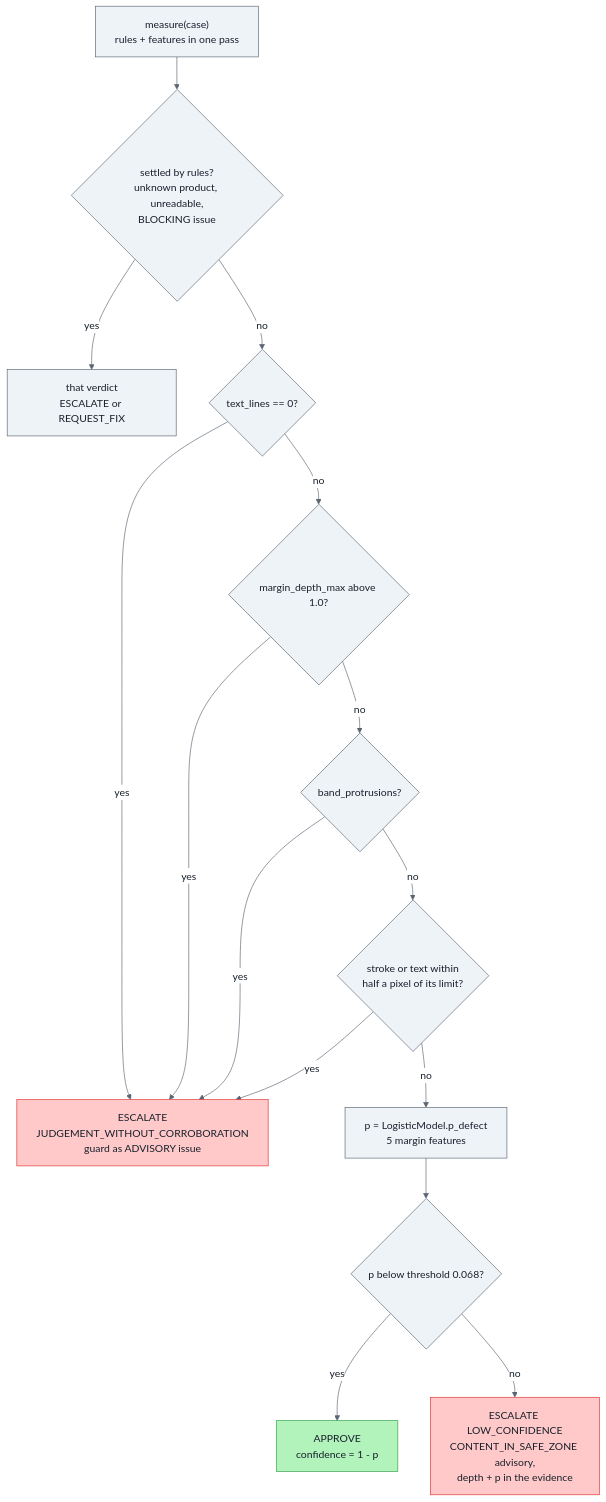
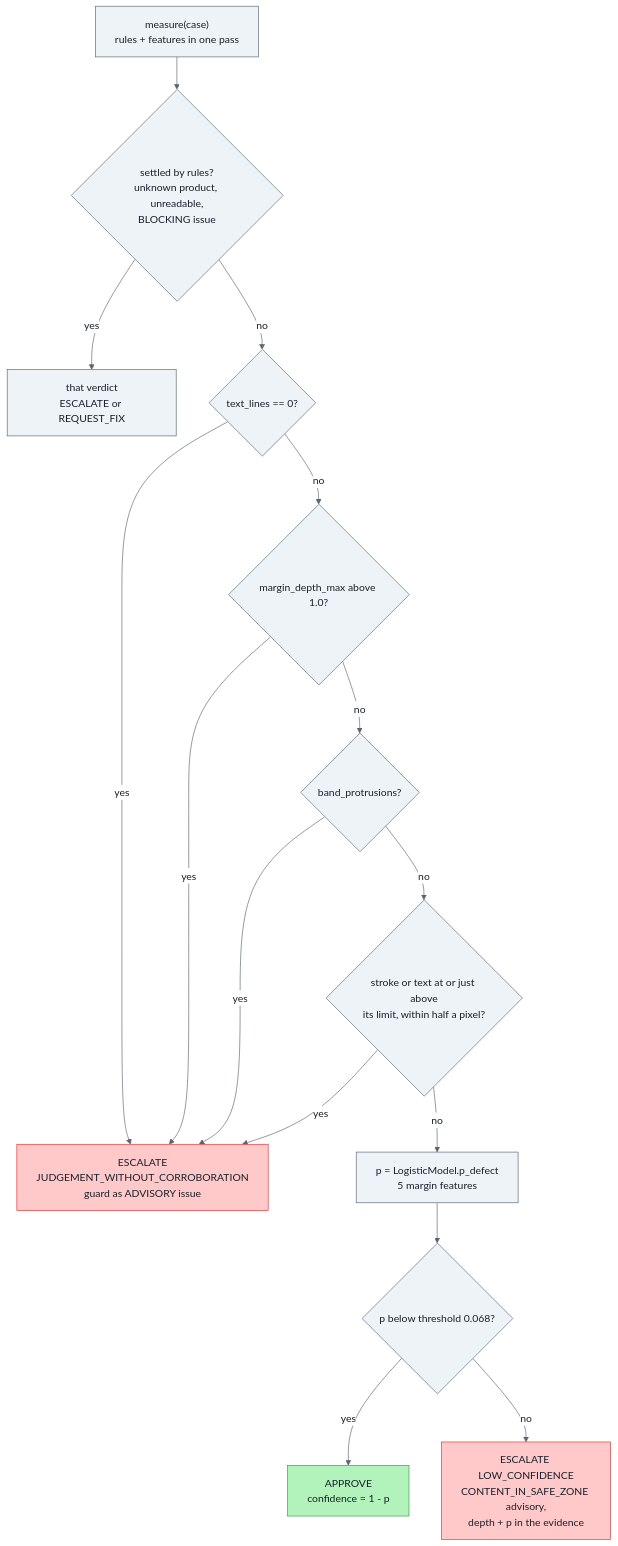
One commit to ashvolt/agents changed diagram 11 of 14 in capstone/docs/learn.md. Above: the diagram before and after it, drawn with Mermaid. The commit also changed other lines of this file and 5 other files, not shown here.

````diff
--- a/capstone/docs/learn.md
+++ b/capstone/docs/learn.md
@@ -736,22 +741,22 @@
 ```mermaid
 %%{init: {"theme":"base","themeVariables":{"background":"#ffffff","fontFamily":"Arial, Helvetica, sans-serif","primaryColor":"#eef3f8","primaryTextColor":"#17202b","primaryBorderColor":"#5a6573","secondaryColor":"#f5f7fa","secondaryTextColor":"#17202b","tertiaryColor":"#ffffff","tertiaryTextColor":"#17202b","lineColor":"#5a6573","textColor":"#17202b","titleColor":"#17202b","nodeTextColor":"#17202b","edgeLabelBackground":"#ffffff","clusterBkg":"#f7f9fb","clusterBorder":"#9aa5b1","cScale0":"#dbeafe","cScaleLabel0":"#17202b","cScalePeer0":"#5a6573","cScale1":"#dcfce7","cScaleLabel1":"#17202b","cScalePeer1":"#5a6573","cScale2":"#fef3c7","cScaleLabel2":"#17202b","cScalePeer2":"#5a6573","cScale3":"#fce7f3","cScaleLabel3":"#17202b","cScalePeer3":"#5a6573","cScale4":"#e0e7ff","cScaleLabel4":"#17202b","cScalePeer4":"#5a6573","cScale5":"#ccfbf1","cScaleLabel5":"#17202b","cScalePeer5":"#5a6573","cScale6":"#ffedd5","cScaleLabel6":"#17202b","cScalePeer6":"#5a6573","cScale7":"#f1f5f9","cScaleLabel7":"#17202b","cScalePeer7":"#5a6573"}}}%%
 flowchart TD
     classDef default fill:#eef3f8,stroke:#5a6573,color:#17202b
     M["measure(case)<br/>rules + features in one pass"] --> SET{"settled by rules?<br/>unknown product, unreadable,<br/>BLOCKING issue"}
     SET -- yes --> OUT1["that verdict<br/>ESCALATE or REQUEST_FIX"]
     SET -- no --> G1{"text_lines == 0?"}
     G1 -- yes --> GE["ESCALATE<br/>JUDGEMENT_WITHOUT_CORROBORATION<br/>guard as ADVISORY issue"]
     G1 -- no --> G2{"margin_depth_max above 1.0?"}
     G2 -- yes --> GE
     G2 -- no --> G3{"band_protrusions?"}
     G3 -- yes --> GE
-    G3 -- no --> G4{"stroke or text within<br/>half a pixel of its limit?"}
+    G3 -- no --> G4{"stroke or text at or just above<br/>its limit, within half a pixel?"}
     G4 -- yes --> GE
     G4 -- no --> P["p = LogisticModel.p_defect<br/>5 margin features"]
     P --> T{"p below threshold 0.068?"}
     T -- yes --> AP["APPROVE<br/>confidence = 1 - p"]
     T -- no --> LC["ESCALATE LOW_CONFIDENCE<br/>CONTENT_IN_SAFE_ZONE advisory,<br/>depth + p in the evidence"]
     style AP fill:#b2f2bb,stroke:#2f9e44,color:#17202b
     style GE fill:#ffc9c9,stroke:#e03131,color:#17202b
     style LC fill:#ffc9c9,stroke:#e03131,color:#17202b
 ```
````
